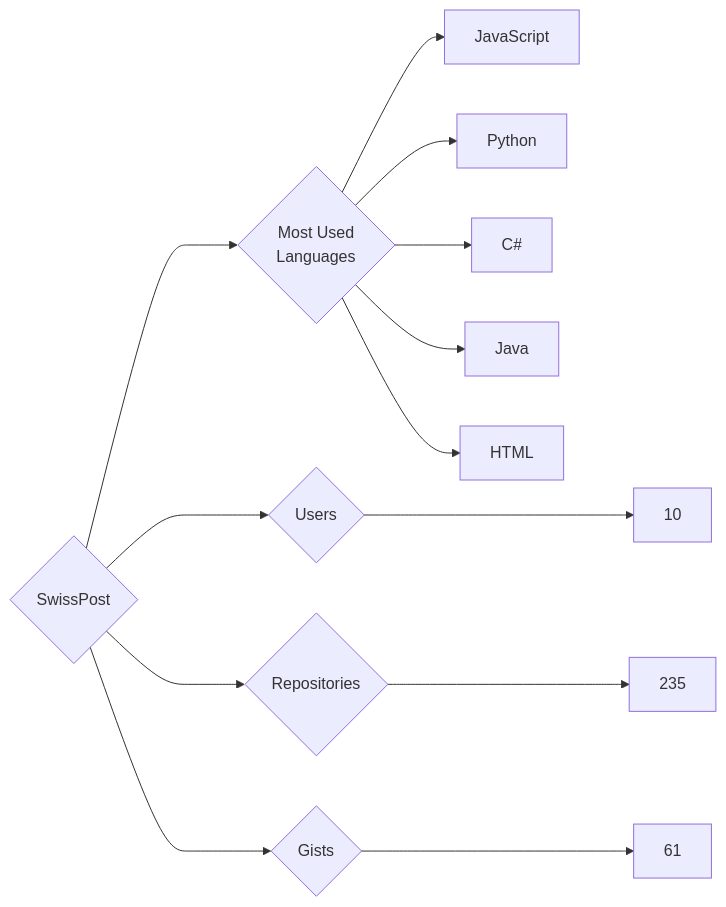
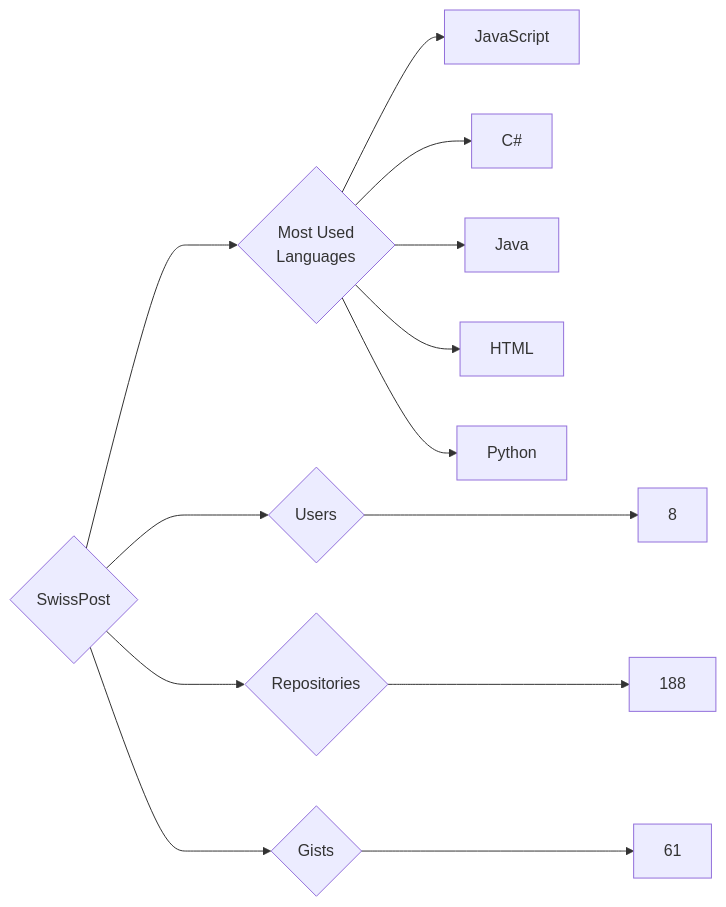
The diagram in targets/SwissPost/README.md (trickest/insiders), drawn with Mermaid before and after one commit. The commit also changed 895 other files, not shown here.

````diff
--- a/targets/SwissPost/README.md
+++ b/targets/SwissPost/README.md
@@ -3,13 +3,13 @@
 ```mermaid
 graph LR
 COMPANY_NAME{SwissPost}
-COMPANY_NAME ---> U{Users} ---> UN[10]
-COMPANY_NAME ---> R{Repositories} ---> RN[235]
+COMPANY_NAME ---> U{Users} ---> UN[8]
+COMPANY_NAME ---> R{Repositories} ---> RN[188]
 COMPANY_NAME ---> G{Gists} ---> GN[61]
 COMPANY_NAME ---> ML{Most Used<br>Languages}
 ML --> JavaScript[JavaScript]
-ML --> Python[Python]
 ML --> C#[C#]
 ML --> Java[Java]
 ML --> HTML[HTML]
+ML --> Python[Python]
 ```
````
